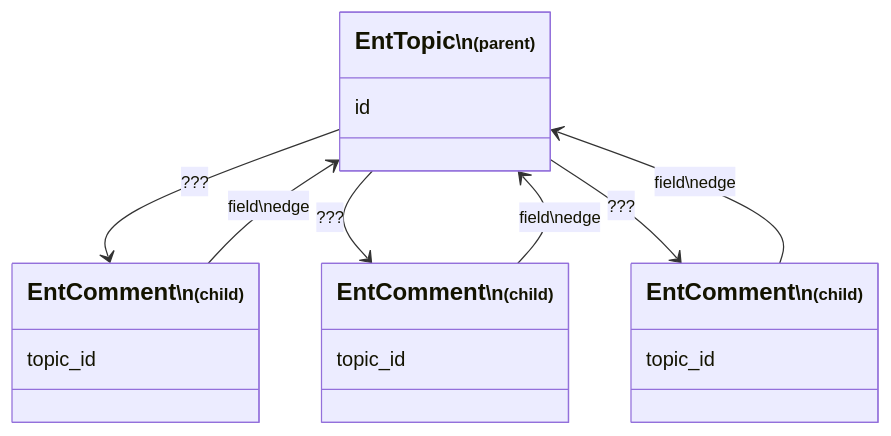
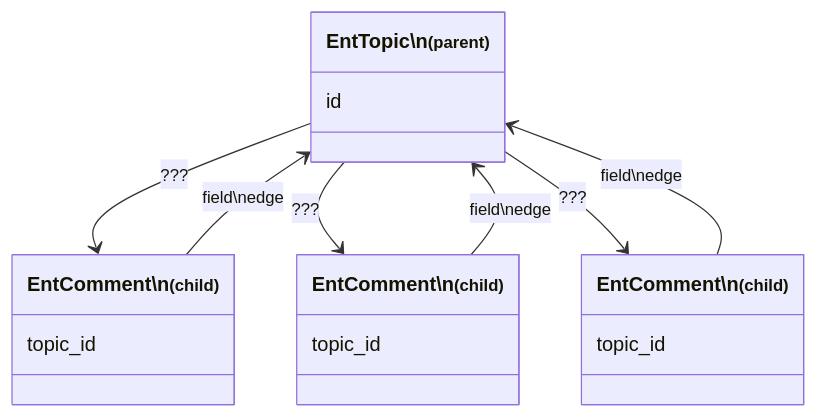
The second of 2 diagrams in gitbook/getting-started/ent-api-select-by-expression.md (dimikot/ent-framework), drawn with Mermaid before and after one commit.

Commit message:
GITBOOK-45: No subject

````diff
--- a/gitbook/getting-started/ent-api-select-by-expression.md
+++ b/gitbook/getting-started/ent-api-select-by-expression.md
@@ -64,18 +64,18 @@
 ```mermaid
 classDiagram
     direction BT
-    class EntComment1["<big>EntComment</big>\n<small>(child)</small>"]
+    class EntComment1["EntComment\n<small>(child)</small>"]
     EntComment1 : topic_id
-    class EntComment2["<big>EntComment</big>\n<small>(child)</small>"]
+    class EntComment2["EntComment\n<small>(child)</small>"]
     EntComment2 : topic_id
-    class EntComment3["<big>EntComment</big>\n<small>(child)</small>"]
+    class EntComment3["EntComment\n<small>(child)</small>"]
     EntComment3 : topic_id
-    class EntTopic["<big>EntTopic</big>\n<small>(parent)</small>"]
+    class EntTopic["EntTopic\n<small>(parent)</small>"]
     EntTopic : id
     EntComment1 <-- EntTopic : <small>???</small>
     EntComment1 --> EntTopic : <small>field\nedge</small>
     EntComment2 <-- EntTopic : <small>???</small>
     EntComment2 --> EntTopic : <small>field\nedge</small>
     EntComment3 <-- EntTopic : <small>???</small>
     EntComment3 --> EntTopic : <small>field\nedge</small>
 ```
````
